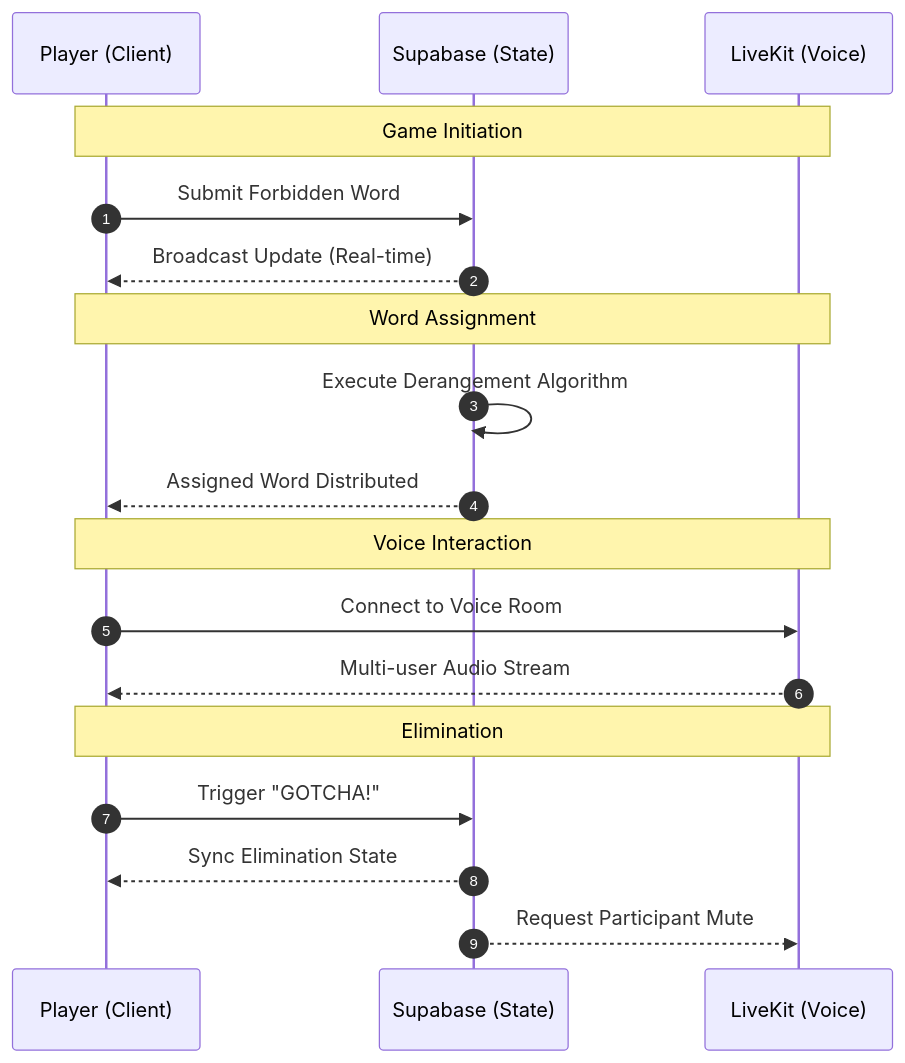
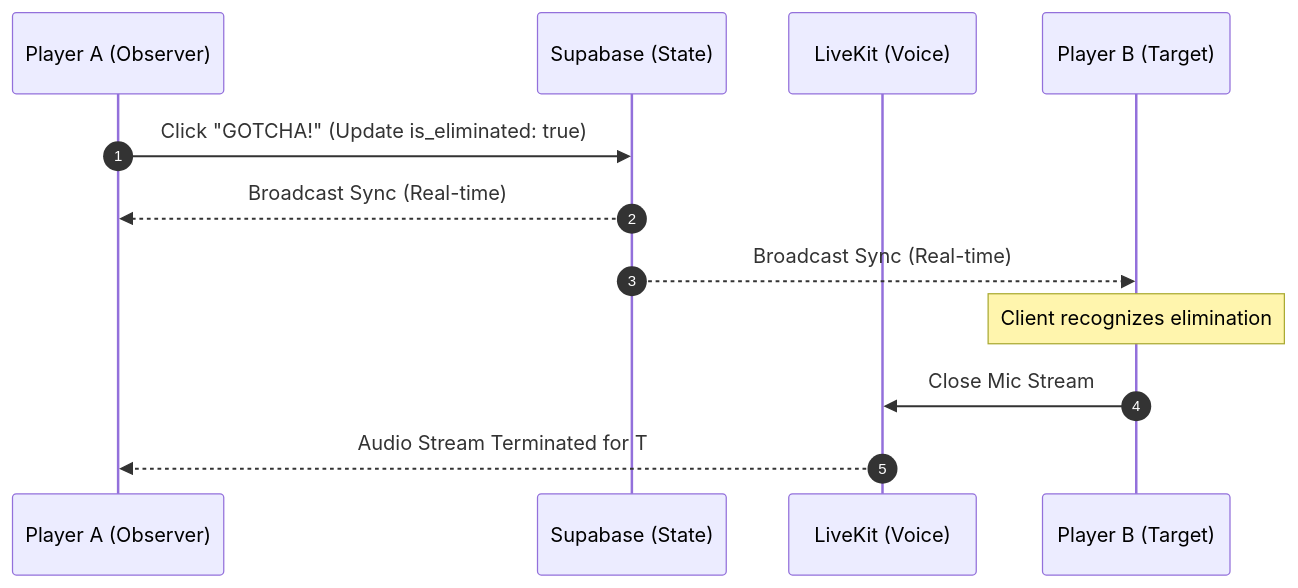
One commit to MarkeloPuangpoo/loodpak changed the third of 4 diagrams in README.md. Above: the diagram before and after it, drawn with Mermaid. The commit also changed other lines of this file and 12 other files, not shown here.

````diff
--- a/README.md
+++ b/README.md
@@ -150,24 +104,16 @@
 ```mermaid
 sequenceDiagram
     autonumber
-    participant P as Player (Client)
+    participant P as Player A (Observer)
     participant S as Supabase (State)
     participant L as LiveKit (Voice)
+    participant T as Player B (Target)
     
-    Note over P,L: Game Initiation
-    P->>S: Submit Forbidden Word
-    S-->>P: Broadcast Update (Real-time)
+    P->>S: Click "GOTCHA!" (Update is_eliminated: true)
+    S-->>P: Broadcast Sync (Real-time)
+    S-->>T: Broadcast Sync (Real-time)
     
-    Note over P,L: Word Assignment
-    S->>S: Execute Derangement Algorithm
-    S-->>P: Assigned Word Distributed
-    
-    Note over P,L: Voice Interaction
-    P->>L: Connect to Voice Room
-    L-->>P: Multi-user Audio Stream
-    
-    Note over P,L: Elimination
-    P->>S: Trigger "GOTCHA!"
-    S-->>P: Sync Elimination State
-    S-->>L: Request Participant Mute
+    Note over T: Client recognizes elimination
+    T->>L: Close Mic Stream
+    L-->>P: Audio Stream Terminated for T
 ```
````
